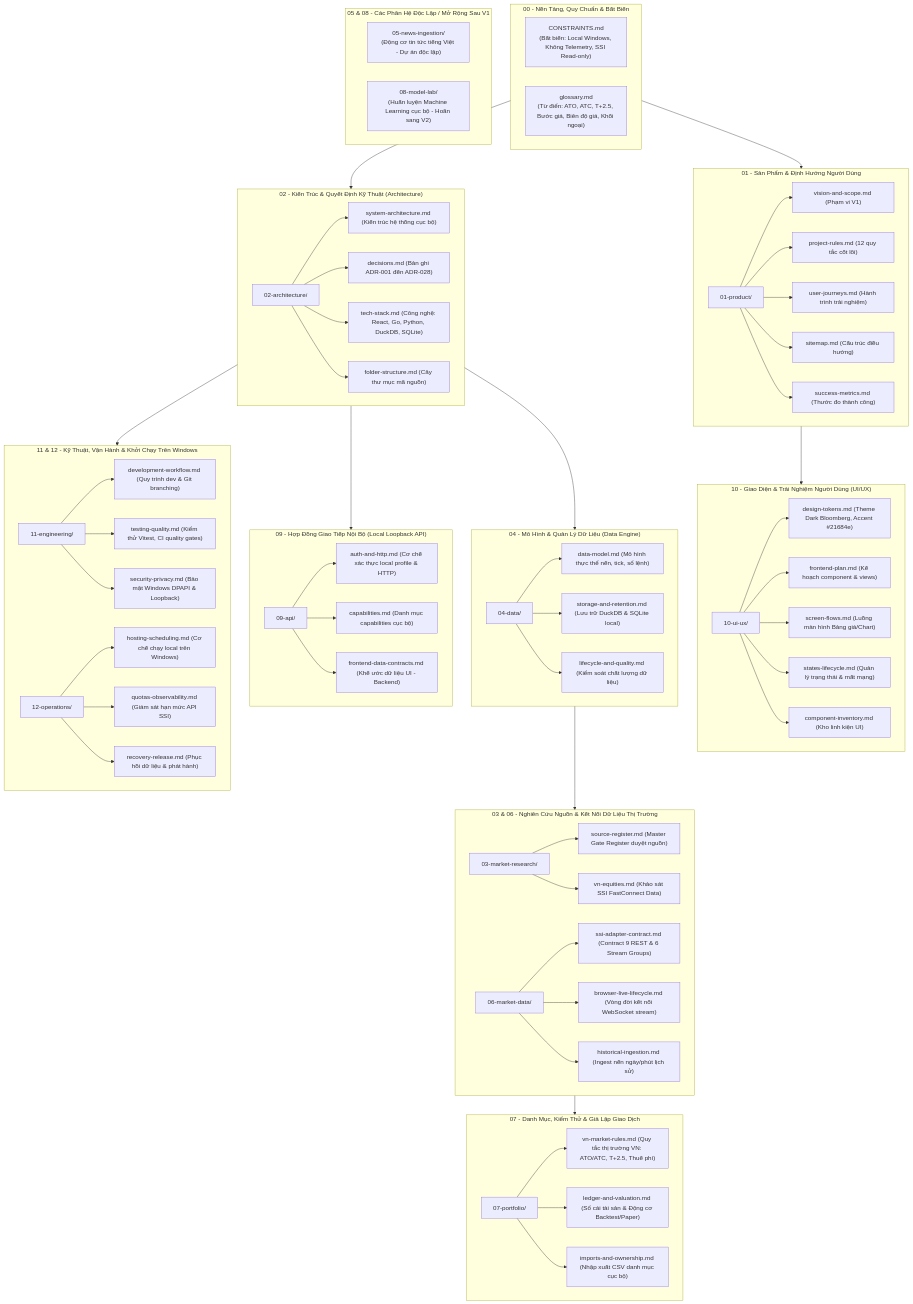
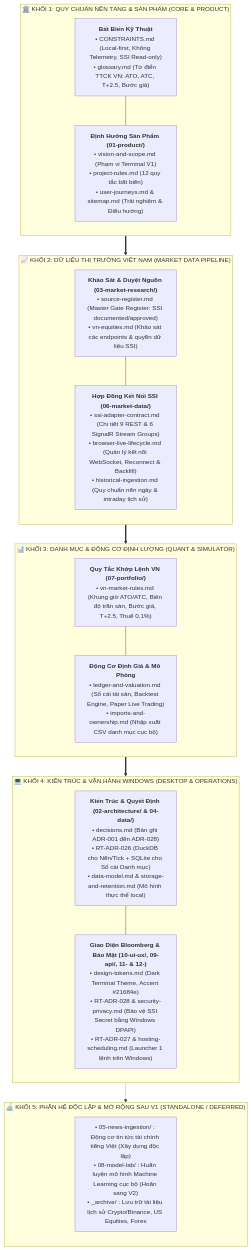
Before and after one commit to ryantr-statinops/lattice-terminal: the diagram in docs/README.md, drawn with Mermaid. The commit also changed other lines of this file, not shown here.

Commit message:
docs: redesign documentation map to Functional Block Matrix

````diff
--- a/docs/README.md
+++ b/docs/README.md
@@ -12,91 +12,45 @@
 ```mermaid
-flowchart TD
-    subgraph Foundation ["00 - Nền Tảng, Quy Chuẩn & Bất Biến"]
-        C_CONST["CONSTRAINTS.md<br/>(Bất biến: Local Windows, Không Telemetry, SSI Read-only)"]
-        C_GLOSS["glossary.md<br/>(Từ điển: ATO, ATC, T+2.5, Bước giá, Biên độ giá, Khối ngoại)"]
+graph TB
+    %% Khối 1: Core Governance & Invariants
+    subgraph Block1 ["🏛️ KHỐI 1: QUY CHUẨN NỀN TẢNG & SẢN PHẨM (CORE & PRODUCT)"]
+        direction TB
+        B1_1["<b>Bất Biến Kỹ Thuật</b><br/>• CONSTRAINTS.md (Local-first, Không Telemetry, SSI Read-only)<br/>• glossary.md (Từ điển TTCK VN: ATO, ATC, T+2.5, Bước giá)"]
+        B1_2["<b>Định Hướng Sản Phẩm (01-product/)</b><br/>• vision-and-scope.md (Phạm vi Terminal V1)<br/>• project-rules.md (12 quy tắc bất biến)<br/>• user-journeys.md & sitemap.md (Trải nghiệm & Điều hướng)"]
+        B1_1 --- B1_2
     end
 
-    subgraph ProductLayer ["01 - Sản Phẩm & Định Hướng Người Dùng"]
-        P_DIR["01-product/"]
-        P_DIR --> P1["vision-and-scope.md (Phạm vi V1)"]
-        P_DIR --> P2["project-rules.md (12 quy tắc cốt lõi)"]
-        P_DIR --> P3["user-journeys.md (Hành trình trải nghiệm)"]
-        P_DIR --> P4["sitemap.md (Cấu trúc điều hướng)"]
-        P_DIR --> P5["success-metrics.md (Thước đo thành công)"]
+    %% Khối 2: Market Data Pipeline
+    subgraph Block2 ["📈 KHỐI 2: DỮ LIỆU THỊ TRƯỜNG VIỆT NAM (MARKET DATA PIPELINE)"]
+        direction TB
+        B2_1["<b>Khảo Sát & Duyệt Nguồn (03-market-research/)</b><br/>• source-register.md (Master Gate Register: SSI documented/approved)<br/>• vn-equities.md (Khảo sát các endpoints & quyền dữ liệu SSI)"]
+        B2_2["<b>Hợp Đồng Kết Nối SSI (06-market-data/)</b><br/>• ssi-adapter-contract.md (Chi tiết 9 REST & 6 SignalR Stream Groups)<br/>• browser-live-lifecycle.md (Quản lý kết nối WebSocket, Reconnect & Backfill)<br/>• historical-ingestion.md (Quy chuẩn nến ngày & intraday lịch sử)"]
+        B2_1 --- B2_2
     end
 
-    subgraph UILayer ["10 - Giao Diện & Trải Nghiệm Người Dùng (UI/UX)"]
-        UI_DIR["10-ui-ux/"]
-        UI_DIR --> UI1["design-tokens.md (Theme Dark Bloomberg, Accent #21684e)"]
-        UI_DIR --> UI2["frontend-plan.md (Kế hoạch component & views)"]
-        UI_DIR --> UI3["screen-flows.md (Luồng màn hình Bảng giá/Chart)"]
-        UI_DIR --> UI4["states-lifecycle.md (Quản lý trạng thái & mất mạng)"]
-        UI_DIR --> UI5["component-inventory.md (Kho linh kiện UI)"]
+    %% Khối 3: Quant, Portfolio & Simulator
+    subgraph Block3 ["📊 KHỐI 3: DANH MỤC & ĐỘNG CƠ ĐỊNH LƯỢNG (QUANT & SIMULATOR)"]
+        direction TB
+        B3_1["<b>Quy Tắc Khớp Lệnh VN (07-portfolio/)</b><br/>• vn-market-rules.md (Khung giờ ATO/ATC, Biên độ trần sàn, Bước giá, T+2.5, Thuế 0.1%)"]
+        B3_2["<b>Động Cơ Định Giá & Mô Phỏng</b><br/>• ledger-and-valuation.md (Sổ cái tài sản, Backtest Engine, Paper Live Trading)<br/>• imports-and-ownership.md (Nhập xuất CSV danh mục cục bộ)"]
+        B3_1 --- B3_2
     end
 
-    subgraph ArchLayer ["02 - Kiến Trúc & Quyết Định Kỹ Thuật (Architecture)"]
-        A_DIR["02-architecture/"]
-        A_DIR --> A1["system-architecture.md (Kiến trúc hệ thống cục bộ)"]
-        A_DIR --> A2["decisions.md (Bản ghi ADR-001 đến ADR-028)"]
-        A_DIR --> A3["tech-stack.md (Công nghệ: React, Go, Python, DuckDB, SQLite)"]
-        A_DIR --> A4["folder-structure.md (Cây thư mục mã nguồn)"]
+    %% Khối 4: Desktop Architecture & Operations
+    subgraph Block4 ["💻 KHỐI 4: KIẾN TRÚC & VẬN HÀNH WINDOWS (DESKTOP & OPERATIONS)"]
+        direction TB
+        B4_1["<b>Kiến Trúc & Quyết Định (02-architecture/ & 04-data/)</b><br/>• decisions.md (Bản ghi ADR-001 đến ADR-028)<br/>• RT-ADR-026 (DuckDB cho Nến/Tick + SQLite cho Sổ cái Danh mục)<br/>• data-model.md & storage-and-retention.md (Mô hình thực thể local)"]
+        B4_2["<b>Giao Diện Bloomberg & Bảo Mật (10-ui-ux/, 09-api/, 11- & 12-)</b><br/>• design-tokens.md (Dark Terminal Theme, Accent #21684e)<br/>• RT-ADR-028 & security-privacy.md (Bảo vệ SSI Secret bằng Windows DPAPI)<br/>• RT-ADR-027 & hosting-scheduling.md (Launcher 1 lệnh trên Windows)"]
+        B4_1 --- B4_2
     end
 
-    subgraph DataLayer ["04 - Mô Hình & Quản Lý Dữ Liệu (Data Engine)"]
-        D_DIR["04-data/"]
-        D_DIR --> D1["data-model.md (Mô hình thực thể nến, tick, sổ lệnh)"]
-        D_DIR --> D2["storage-and-retention.md (Lưu trữ DuckDB & SQLite local)"]
-        D_DIR --> D3["lifecycle-and-quality.md (Kiểm soát chất lượng dữ liệu)"]
+    %% Khối 5: Phân hệ độc lập
+    subgraph Block5 ["🔬 KHỐI 5: PHÂN HỆ ĐỘC LẬP & MỞ RỘNG SAU V1 (STANDALONE / DEFERRED)"]
+        direction TB
+        B5_1["• 05-news-ingestion/ : Động cơ tin tức tài chính tiếng Việt (Xây dựng độc lập)<br/>• 08-model-lab/ : Huấn luyện mô hình Machine Learning cục bộ (Hoãn sang V2)<br/>• _archive/ : Lưu trữ tài liệu lịch sử Crypto/Binance, US Equities, Forex"]
     end
 
-    subgraph MarketLayer ["03 & 06 - Nghiên Cứu Nguồn & Kết Nối Dữ Liệu Thị Trường"]
-        M3["03-market-research/"]
-        M3 --> M3_1["source-register.md (Master Gate Register duyệt nguồn)"]
-        M3 --> M3_2["vn-equities.md (Khảo sát SSI FastConnect Data)"]
-        
-        M6["06-market-data/"]
-        M6 --> M6_1["ssi-adapter-contract.md (Contract 9 REST & 6 Stream Groups)"]
-        M6 --> M6_2["browser-live-lifecycle.md (Vòng đời kết nối WebSocket stream)"]
-        M6 --> M6_3["historical-ingestion.md (Ingest nến ngày/phút lịch sử)"]
-    end
-
-    subgraph PortfolioLayer ["07 - Danh Mục, Kiểm Thử & Giả Lập Giao Dịch"]
-        PORT["07-portfolio/"]
-        PORT --> PORT1["vn-market-rules.md (Quy tắc thị trường VN: ATO/ATC, T+2.5, Thuế phí)"]
-        PORT --> PORT2["ledger-and-valuation.md (Sổ cái tài sản & Động cơ Backtest/Paper)"]
-        PORT --> PORT3["imports-and-ownership.md (Nhập xuất CSV danh mục cục bộ)"]
-    end
-
-    subgraph InternalAPI ["09 - Hợp Đồng Giao Tiếp Nội Bộ (Local Loopback API)"]
-        API_DIR["09-api/"]
-        API_DIR --> API1["auth-and-http.md (Cơ chế xác thực local profile & HTTP)"]
-        API_DIR --> API2["capabilities.md (Danh mục capabilities cục bộ)"]
-        API_DIR --> API3["frontend-data-contracts.md (Khế ước dữ liệu UI - Backend)"]
-    end
-
-    subgraph OpsEng ["11 & 12 - Kỹ Thuật, Vận Hành & Khởi Chạy Trên Windows"]
-        ENG["11-engineering/"]
-        ENG --> ENG1["development-workflow.md (Quy trình dev & Git branching)"]
-        ENG --> ENG2["testing-quality.md (Kiểm thử Vitest, CI quality gates)"]
-        ENG --> ENG3["security-privacy.md (Bảo mật Windows DPAPI & Loopback)"]
-
-        OPS["12-operations/"]
-        OPS --> OPS1["hosting-scheduling.md (Cơ chế chạy local trên Windows)"]
-        OPS --> OPS2["quotas-observability.md (Giám sát hạn mức API SSI)"]
-        OPS --> OPS3["recovery-release.md (Phục hồi dữ liệu & phát hành)"]
-    end
-
-    subgraph StandaloneStreams ["05 & 08 - Các Phân Hệ Độc Lập / Mở Rộng Sau V1"]
-        N5["05-news-ingestion/<br/>(Động cơ tin tức tiếng Việt - Dự án độc lập)"]
-        M8["08-model-lab/<br/>(Huấn luyện Machine Learning cục bộ - Hoãn sang V2)"]
-    end
-
-    Foundation --> ProductLayer
-    Foundation --> ArchLayer
-    ProductLayer --> UILayer
-    ArchLayer --> DataLayer
-    ArchLayer --> InternalAPI
-    DataLayer --> MarketLayer
-    MarketLayer --> PortfolioLayer
-    ArchLayer --> OpsEng
+    Block1 ==> Block2
+    Block2 ==> Block3
+    Block3 ==> Block4
+    Block4 -.-> Block5
 ```
````
